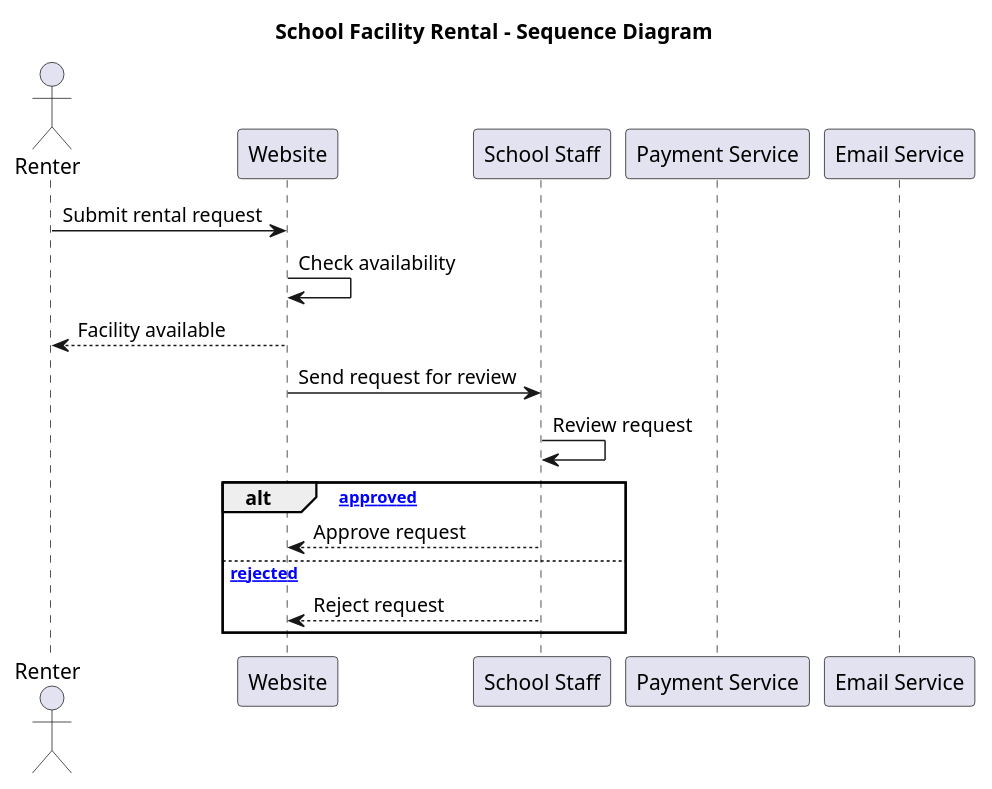
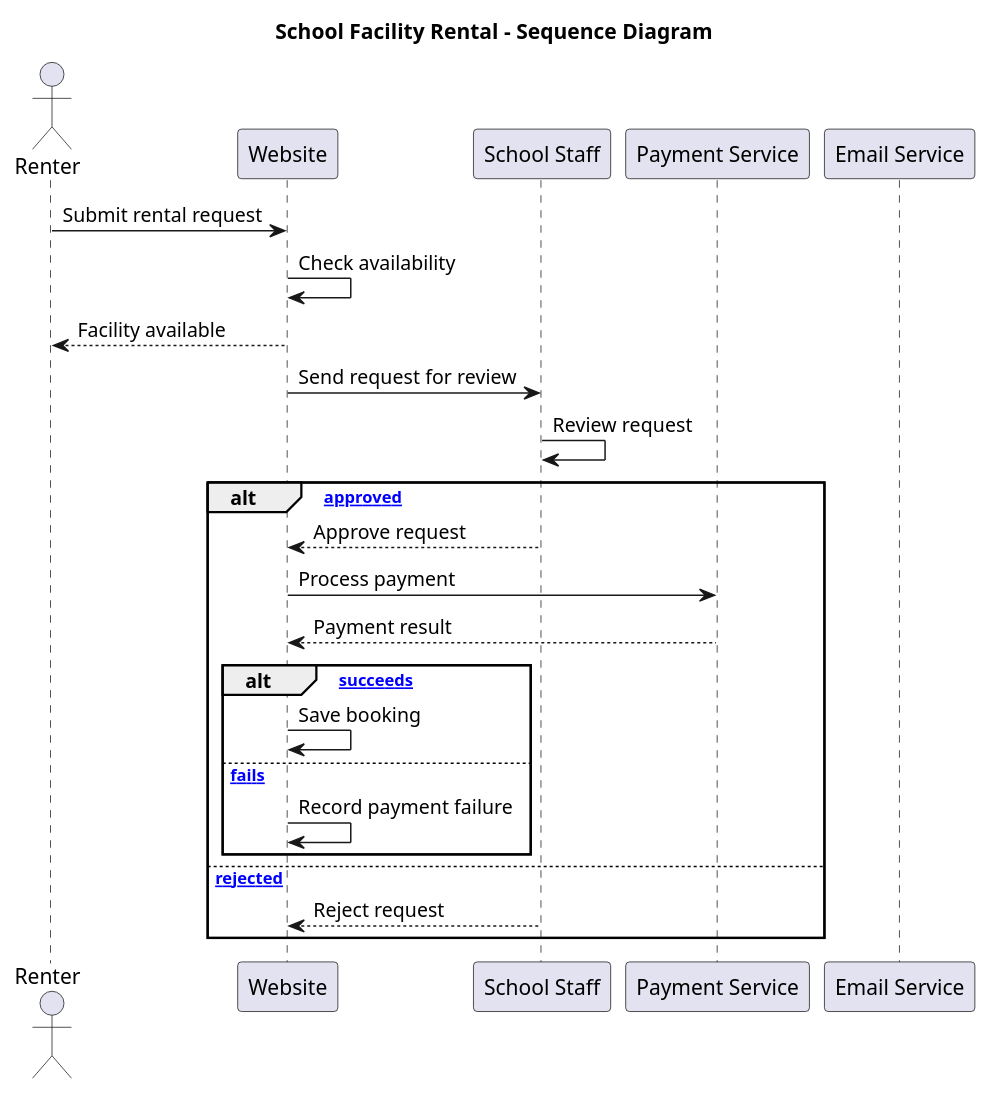
One commit to Umar-Azizadah/CS3560-Homework6 changed the diagram in SequenceDiagram.puml. Above: the diagram before and after it, drawn with PlantUML.

Commit message:
feat: Add payment processing and outcome handling

```diff
--- a/SequenceDiagram.puml
+++ b/SequenceDiagram.puml
@@ -2,28 +2,42 @@
 @startuml
 title School Facility Rental - Sequence Diagram
 
 actor Renter
 participant Website
 participant "School Staff" as Staff
 participant "Payment Service" as Pay
 participant "Email Service" as Email
 
 ' Renter submits a rental request
 Renter -> Website: Submit rental request
 
 ' Website checks availability
 Website -> Website: Check availability
 Website --> Renter: Facility available
 
 ' School staff reviews the request
 Website -> Staff: Send request for review
 Staff -> Staff: Review request
 
+
 ' Staff approves or rejects
 alt [approved]
     Staff --> Website: Approve request
+
+    ' Website requests payment
+    Website -> Pay: Process payment
+    Pay --> Website: Payment result
+
+    ' Payment succeeds or fails
+    alt [payment succeeds]
+        Website -> Website: Save booking
+    else [payment fails]
+        Website -> Website: Record payment failure
+    end
+
 else [rejected]
     Staff --> Website: Reject request
 end
 
+
 @enduml
```
